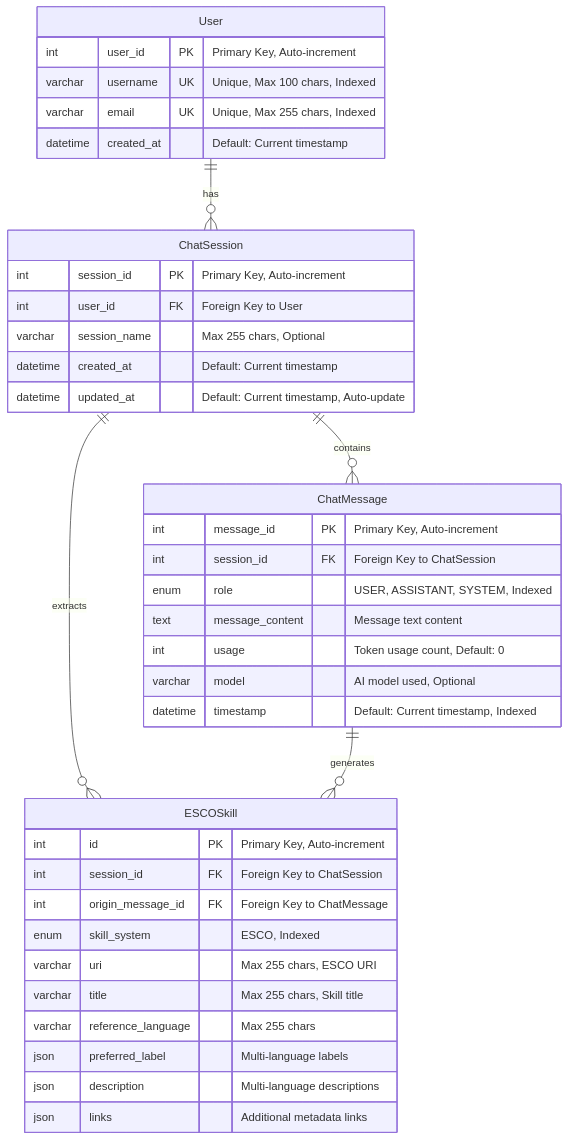
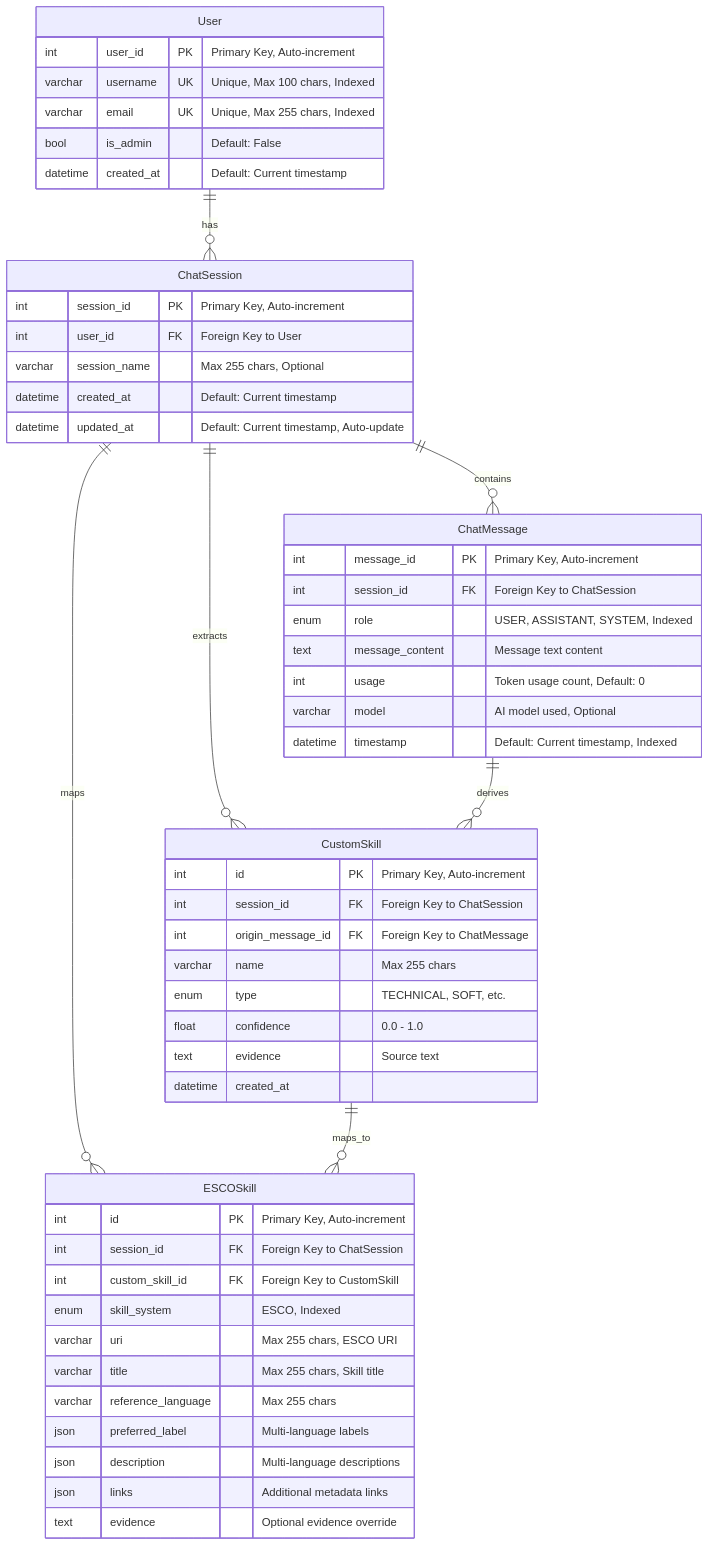
The fourth of 4 diagrams in README.md (Flo-Wei/BachelorThesis), drawn with Mermaid before and after one commit. The commit also changed other lines of this file, not shown here.

````diff
--- a/README.md
+++ b/README.md
@@ -655,50 +344,66 @@
 ```mermaid
 erDiagram
     %% User Management
     User {
         int user_id PK "Primary Key, Auto-increment"
         varchar username UK "Unique, Max 100 chars, Indexed"
         varchar email UK "Unique, Max 255 chars, Indexed"
+        bool is_admin "Default: False"
         datetime created_at "Default: Current timestamp"
     }
 
     %% Chat Sessions
     ChatSession {
         int session_id PK "Primary Key, Auto-increment"
         int user_id FK "Foreign Key to User"
         varchar session_name "Max 255 chars, Optional"
         datetime created_at "Default: Current timestamp"
         datetime updated_at "Default: Current timestamp, Auto-update"
     }
 
     %% Chat Messages
     ChatMessage {
         int message_id PK "Primary Key, Auto-increment"
         int session_id FK "Foreign Key to ChatSession"
         enum role "USER, ASSISTANT, SYSTEM, Indexed"
         text message_content "Message text content"
         int usage "Token usage count, Default: 0"
         varchar model "AI model used, Optional"
         datetime timestamp "Default: Current timestamp, Indexed"
     }
+    
+    %% Custom Skills
+    CustomSkill {
+        int id PK "Primary Key, Auto-increment"
+        int session_id FK "Foreign Key to ChatSession"
+        int origin_message_id FK "Foreign Key to ChatMessage"
+        varchar name "Max 255 chars"
+        enum type "TECHNICAL, SOFT, etc."
+        float confidence "0.0 - 1.0"
+        text evidence "Source text"
+        datetime created_at
+    }
 
     %% ESCO Skills
     ESCOSkill {
         int id PK "Primary Key, Auto-increment"
         int session_id FK "Foreign Key to ChatSession"
-        int origin_message_id FK "Foreign Key to ChatMessage"
+        int custom_skill_id FK "Foreign Key to CustomSkill"
         enum skill_system "ESCO, Indexed"
         varchar uri "Max 255 chars, ESCO URI"
         varchar title "Max 255 chars, Skill title"
         varchar reference_language "Max 255 chars"
         json preferred_label "Multi-language labels"
         json description "Multi-language descriptions"
         json links "Additional metadata links"
+        text evidence "Optional evidence override"
     }
 
     %% Relationships
     User ||--o{ ChatSession : "has"
     ChatSession ||--o{ ChatMessage : "contains"
-    ChatSession ||--o{ ESCOSkill : "extracts"
-    ChatMessage ||--o{ ESCOSkill : "generates"
+    ChatSession ||--o{ CustomSkill : "extracts"
+    ChatSession ||--o{ ESCOSkill : "maps"
+    ChatMessage ||--o{ CustomSkill : "derives"
+    CustomSkill ||--o{ ESCOSkill : "maps_to"
 ```
````
